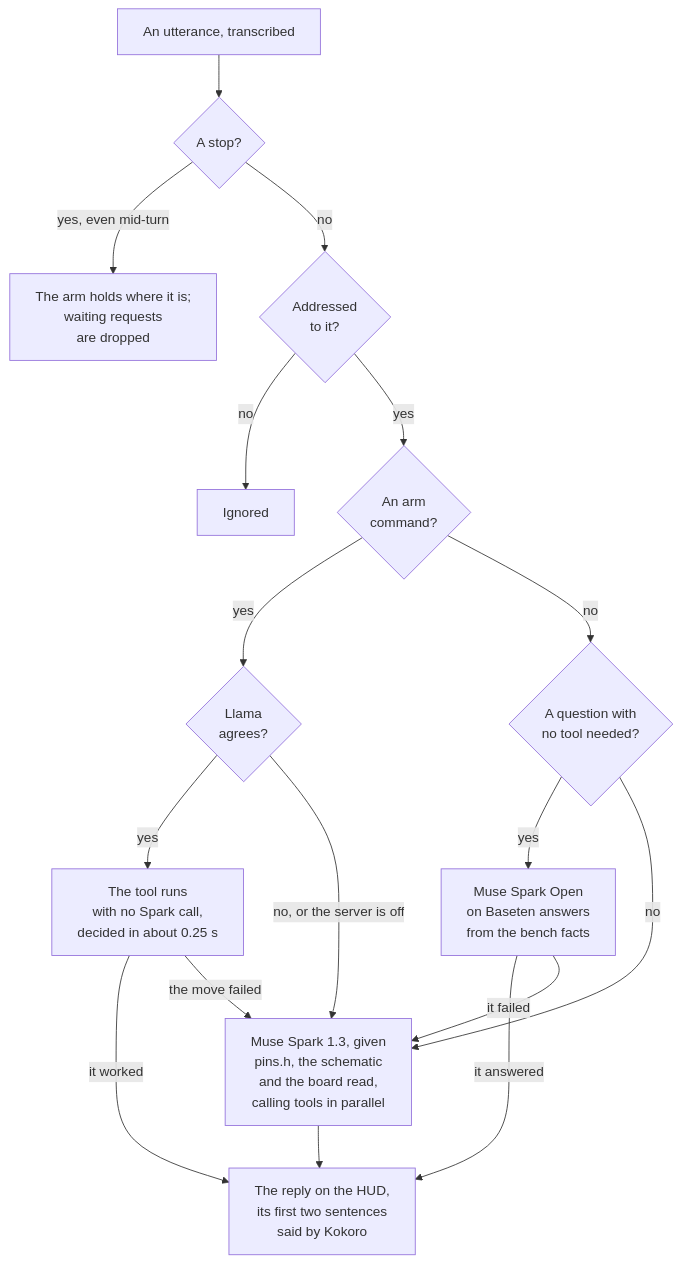
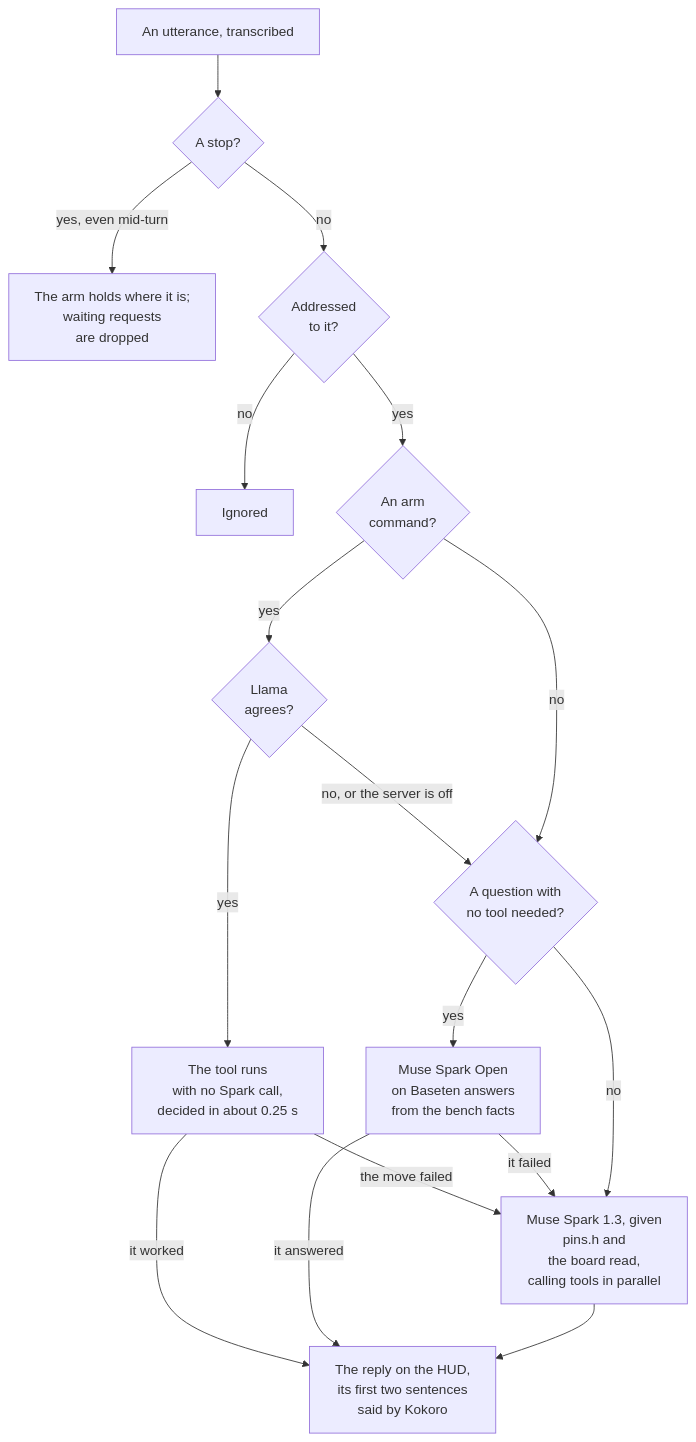
Before and after one commit to raahimnawaz/workbench-copilot: the second of 2 diagrams in README.md, drawn with Mermaid. The commit also changed other lines of this file and 21 other files, not shown here.

````diff
--- a/README.md
+++ b/README.md
@@ -148,19 +149,19 @@
 ```mermaid
 flowchart TD
   heard["An utterance, transcribed"] --> stop{"A stop?"}
   stop -->|"yes, even mid-turn"| halt["The arm holds where it is;<br>waiting requests<br>are dropped"]
   stop -->|no| wake{"Addressed<br>to it?"}
   wake -->|no| ignored["Ignored"]
   wake -->|yes| rules{"An arm<br>command?"}
   rules -->|yes| llama{"Llama<br>agrees?"}
   llama -->|yes| move["The tool runs<br>with no Spark call,<br>decided in about 0.25 s"]
   move -->|"it worked"| reply
   move -->|"the move failed"| spark
-  llama -->|"no, or the server is off"| spark
+  llama -->|"no, or the server is off"| question
   rules -->|no| question{"A question with<br>no tool needed?"}
   question -->|yes| open["Muse Spark Open<br>on Baseten answers<br>from the bench facts"]
   open -->|"it answered"| reply
   open -->|"it failed"| spark
-  question -->|no| spark["Muse Spark 1.3, given<br>pins.h, the schematic<br>and the board read,<br>calling tools in parallel"]
+  question -->|no| spark["Muse Spark 1.3, given<br>pins.h and<br>the board read,<br>calling tools in parallel"]
   spark --> reply["The reply on the HUD,<br>its first two sentences<br>said by Kokoro"]
 ```
````
